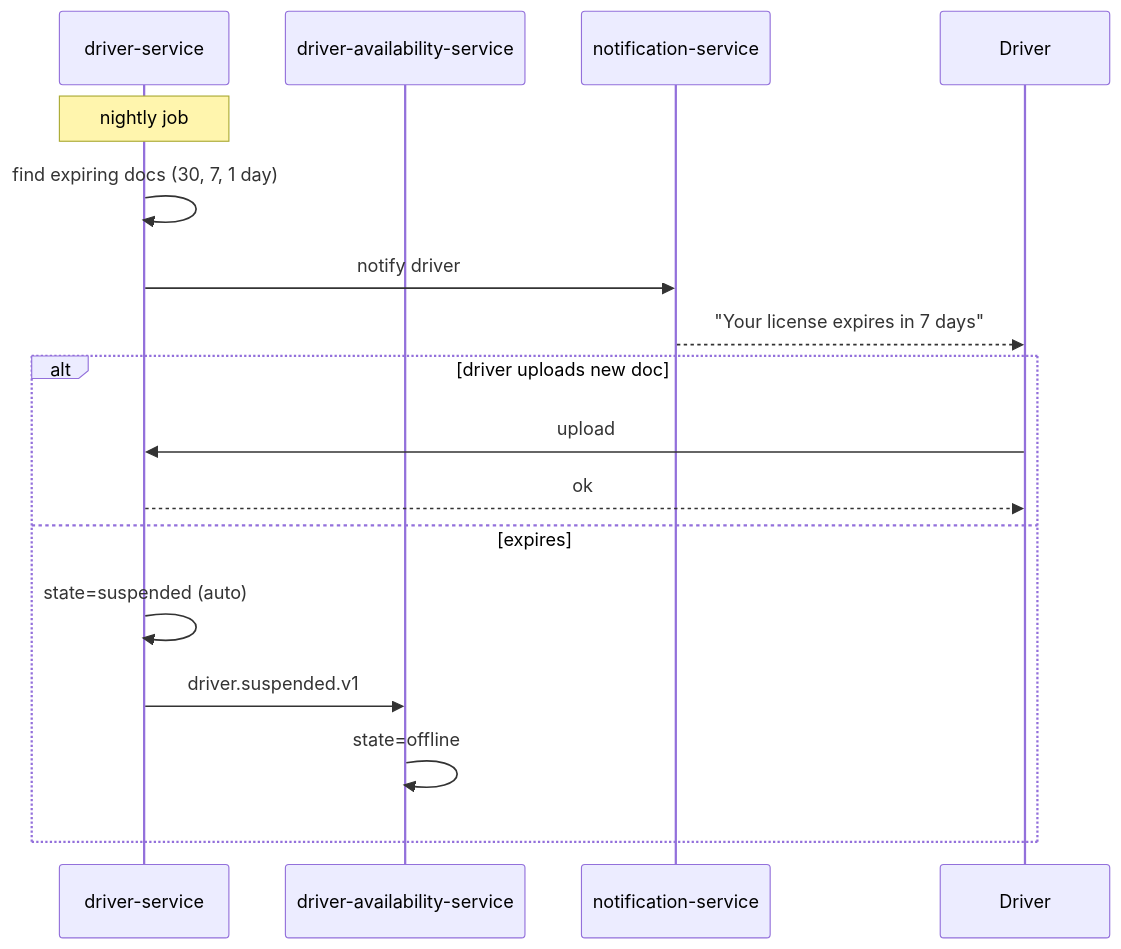
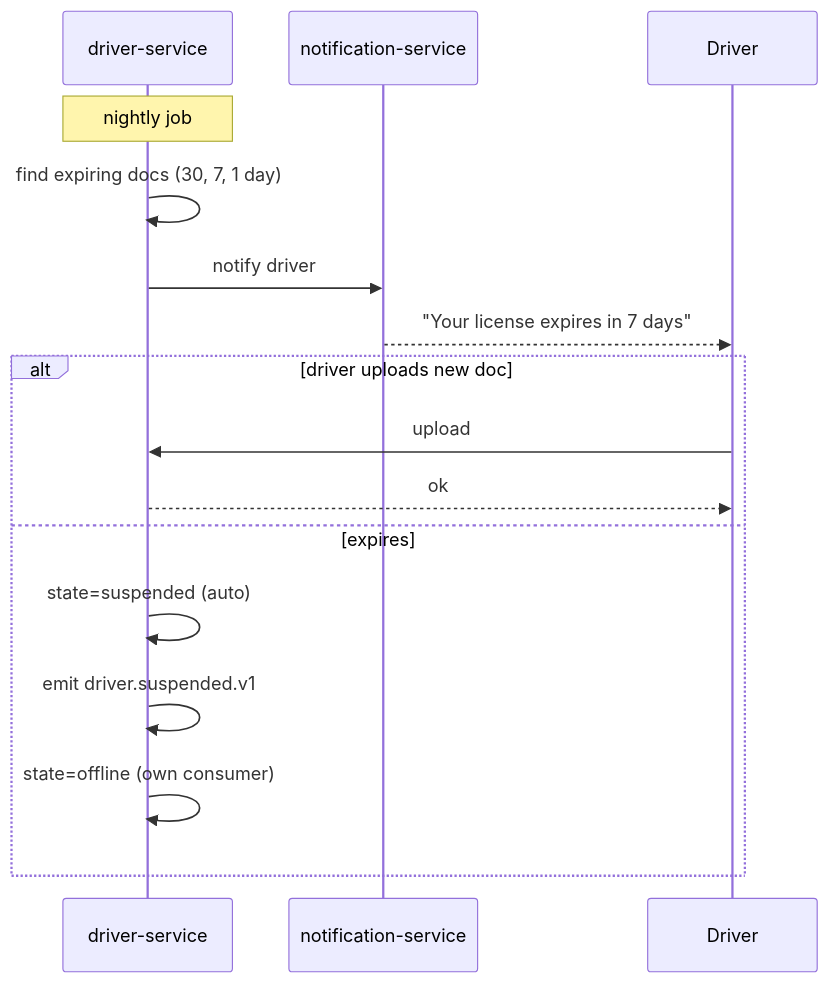
The ninth of 10 diagrams in docs/workflows/DRIVER_WORKFLOWS.md (mohamedhabibwork/trips-enjoy-docs), drawn with Mermaid before and after one commit. The commit also changed other lines of this file and 525 other files, not shown here.

````diff
--- a/docs/workflows/DRIVER_WORKFLOWS.md
+++ b/docs/workflows/DRIVER_WORKFLOWS.md
@@ -191,20 +188,19 @@
 ```mermaid
 sequenceDiagram
     participant DRV as driver-service
-    participant DA as driver-availability-service
     participant NOT as notification-service
     participant DR as Driver
 
     Note over DRV: nightly job
     DRV->>DRV: find expiring docs (30, 7, 1 day)
     DRV->>NOT: notify driver
     NOT-->>DR: "Your license expires in 7 days"
     alt driver uploads new doc
         DR->>DRV: upload
         DRV-->>DR: ok
     else expires
         DRV->>DRV: state=suspended (auto)
-        DRV->>DA: driver.suspended.v1
-        DA->>DA: state=offline
+        DRV->>DRV: emit driver.suspended.v1
+        DRV->>DRV: state=offline (own consumer)
     end
 ```
````
